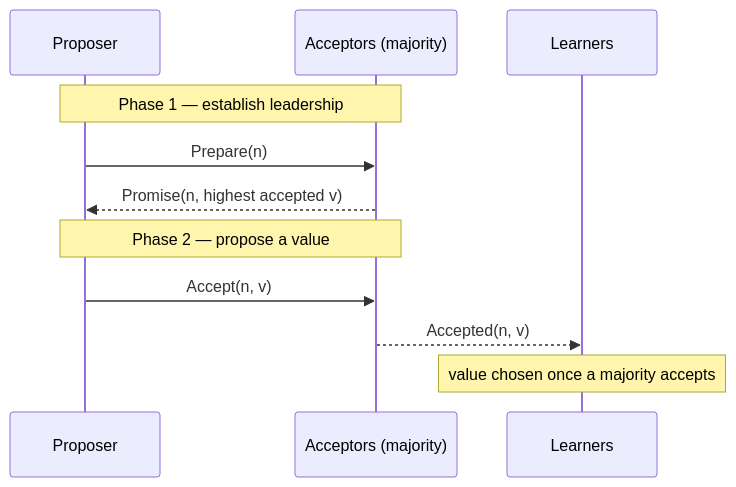
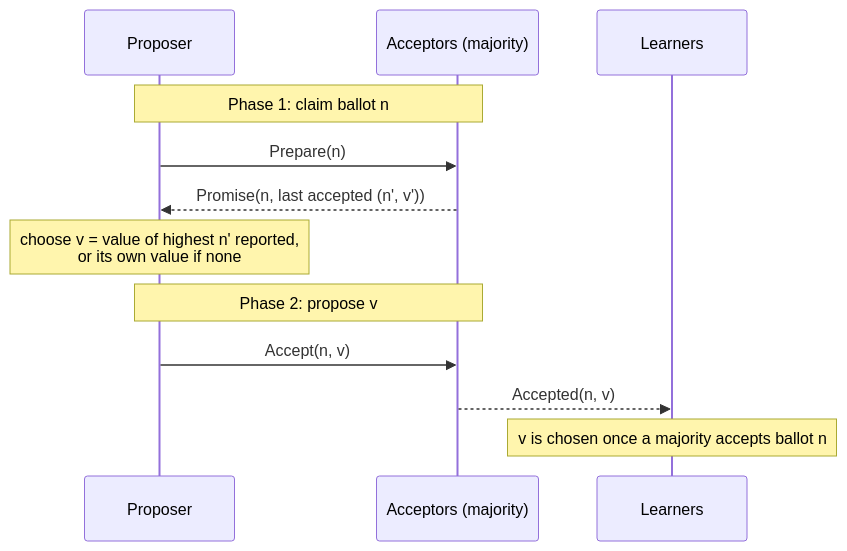
One commit to AndrewAltimit/Documentation changed the second of 6 diagrams in github-pages/docs/advanced/distributed-systems-theory.md. Above: the diagram before and after it, drawn with Mermaid. The commit also changed other lines of this file and 240 other files, not shown here.

````diff
--- a/github-pages/docs/advanced/distributed-systems-theory.md
+++ b/github-pages/docs/advanced/distributed-systems-theory.md
@@ -126,13 +147,14 @@
 ```mermaid
 sequenceDiagram
     participant P as Proposer
     participant A as Acceptors (majority)
     participant L as Learners
-    Note over P,A: Phase 1 — establish leadership
+    Note over P,A: Phase 1: claim ballot n
     P->>A: Prepare(n)
-    A-->>P: Promise(n, highest accepted v)
-    Note over P,A: Phase 2 — propose a value
+    A-->>P: Promise(n, last accepted (n', v'))
+    Note over P: choose v = value of highest n' reported,<br/>or its own value if none
+    Note over P,A: Phase 2: propose v
     P->>A: Accept(n, v)
     A-->>L: Accepted(n, v)
-    Note over L: value chosen once a majority accepts
+    Note over L: v is chosen once a majority accepts ballot n
 ```
````
